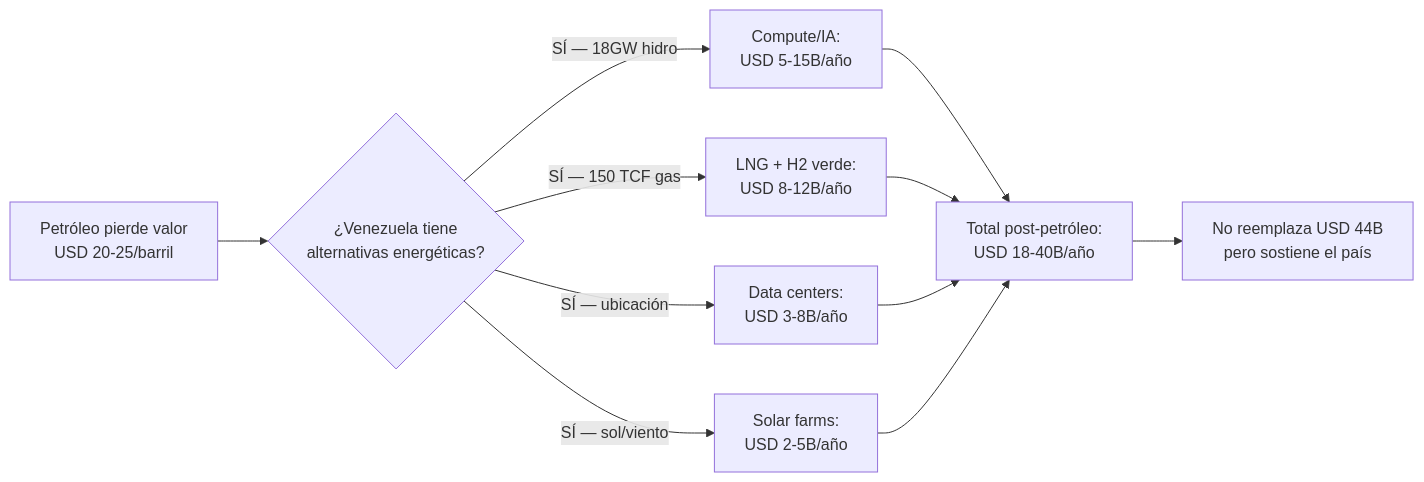
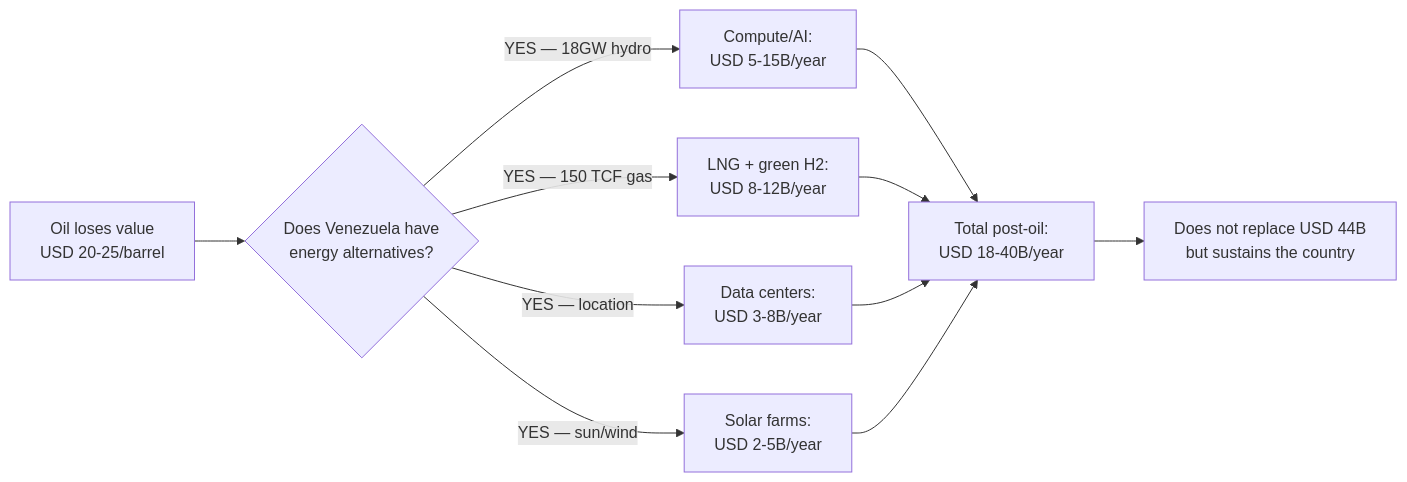
Before and after one commit to Venezuela-S-A/venezuela-sa: the fifth of 5 diagrams in i18n/en/docusaurus-plugin-content-docs/current/07-ejecucion/riesgos.md, drawn with Mermaid. The commit also changed other lines of this file and 127 other files, not shown here.

````diff
--- a/i18n/en/docusaurus-plugin-content-docs/current/07-ejecucion/riesgos.md
+++ b/i18n/en/docusaurus-plugin-content-docs/current/07-ejecucion/riesgos.md
@@ -255,13 +255,13 @@
 ```mermaid
 flowchart LR
-    A["Petróleo pierde valor<br/>USD 20-25/barril"] --> B{"¿Venezuela tiene<br/>alternativas energéticas?"}
-    B -->|"SÍ — 18GW hidro"| C["Compute/IA:<br/>USD 5-15B/año"]
-    B -->|"SÍ — 150 TCF gas"| D["LNG + H2 verde:<br/>USD 8-12B/año"]
-    B -->|"SÍ — ubicación"| E["Data centers:<br/>USD 3-8B/año"]
-    B -->|"SÍ — sol/viento"| F["Solar farms:<br/>USD 2-5B/año"]
-    C --> G["Total post-petróleo:<br/>USD 18-40B/año"]
+    A["Oil loses value<br/>USD 20-25/barrel"] --> B{"Does Venezuela have<br/>energy alternatives?"}
+    B -->|"YES — 18GW hydro"| C["Compute/AI:<br/>USD 5-15B/year"]
+    B -->|"YES — 150 TCF gas"| D["LNG + green H2:<br/>USD 8-12B/year"]
+    B -->|"YES — location"| E["Data centers:<br/>USD 3-8B/year"]
+    B -->|"YES — sun/wind"| F["Solar farms:<br/>USD 2-5B/year"]
+    C --> G["Total post-oil:<br/>USD 18-40B/year"]
     D --> G
     E --> G
     F --> G
-    G --> H["No reemplaza USD 44B<br/>pero sostiene el país"]
+    G --> H["Does not replace USD 44B<br/>but sustains the country"]
 ```
````
